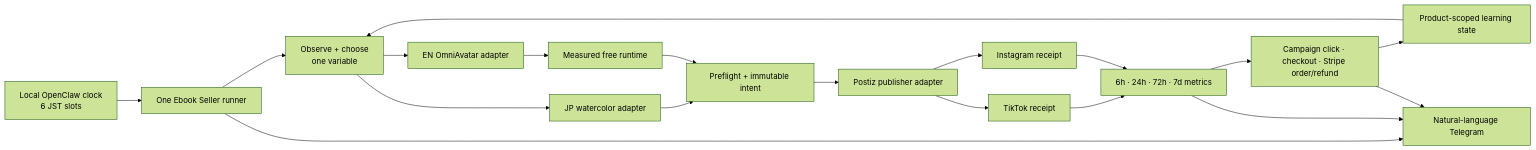
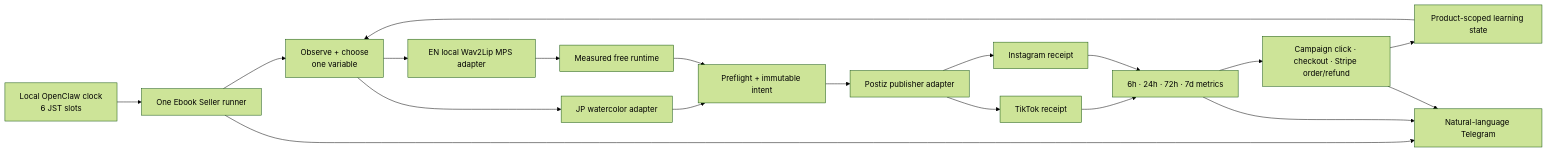
One commit to Daisuke134/anicca changed the first of 3 diagrams in specs/28-EBOOK-SELLER-DUAL-MONK-LOOPS.md. Above: the diagram before and after it, drawn with Mermaid (forest theme). The commit also changed other lines of this file and 7 other files, not shown here.

Commit message:
feat(ebook): use free local mps monk renderer

````diff
--- a/specs/28-EBOOK-SELLER-DUAL-MONK-LOOPS.md
+++ b/specs/28-EBOOK-SELLER-DUAL-MONK-LOOPS.md
@@ -69,21 +69,21 @@
 ```mermaid
 flowchart LR
     Clock[Local OpenClaw clock\n6 JST slots] --> Runner[One Ebook Seller runner]
     Runner --> Decide[Observe + choose\none variable]
     Decide --> JP[JP watercolor adapter]
-    Decide --> EN[EN OmniAvatar adapter]
+    Decide --> EN[EN local Wav2Lip MPS adapter]
     JP --> Guard[Preflight + immutable intent]
     EN --> Free[Measured free runtime]
     Free --> Guard
     Guard --> Postiz[Postiz publisher adapter]
     Postiz --> TT[TikTok receipt]
     Postiz --> IG[Instagram receipt]
     TT --> Metrics[6h · 24h · 72h · 7d metrics]
     IG --> Metrics
     Metrics --> Funnel[Campaign click · checkout · Stripe order/refund]
     Funnel --> Learn[Product-scoped learning state]
     Learn --> Decide
     Runner --> Telegram[Natural-language Telegram]
     Metrics --> Telegram
     Funnel --> Telegram
 ```
````
